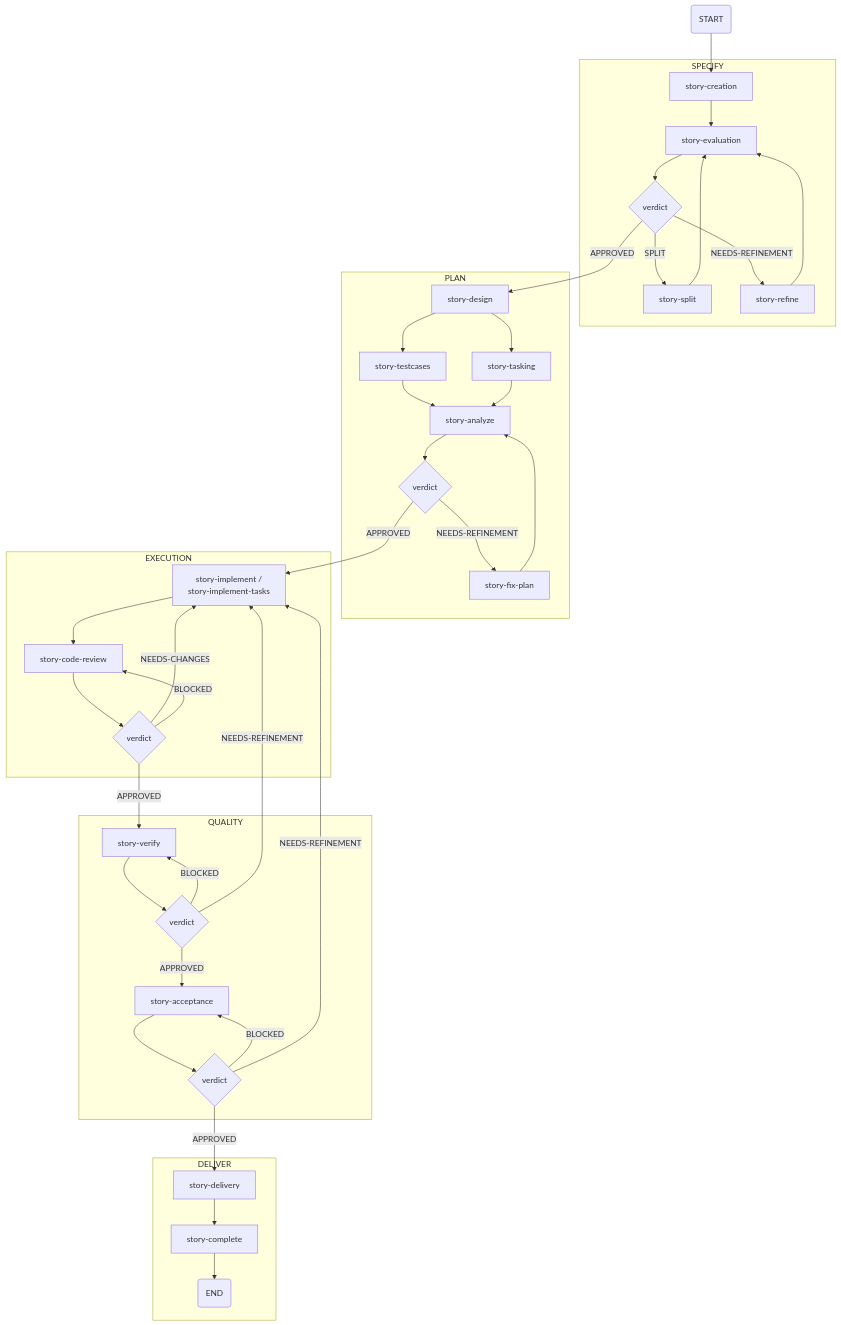
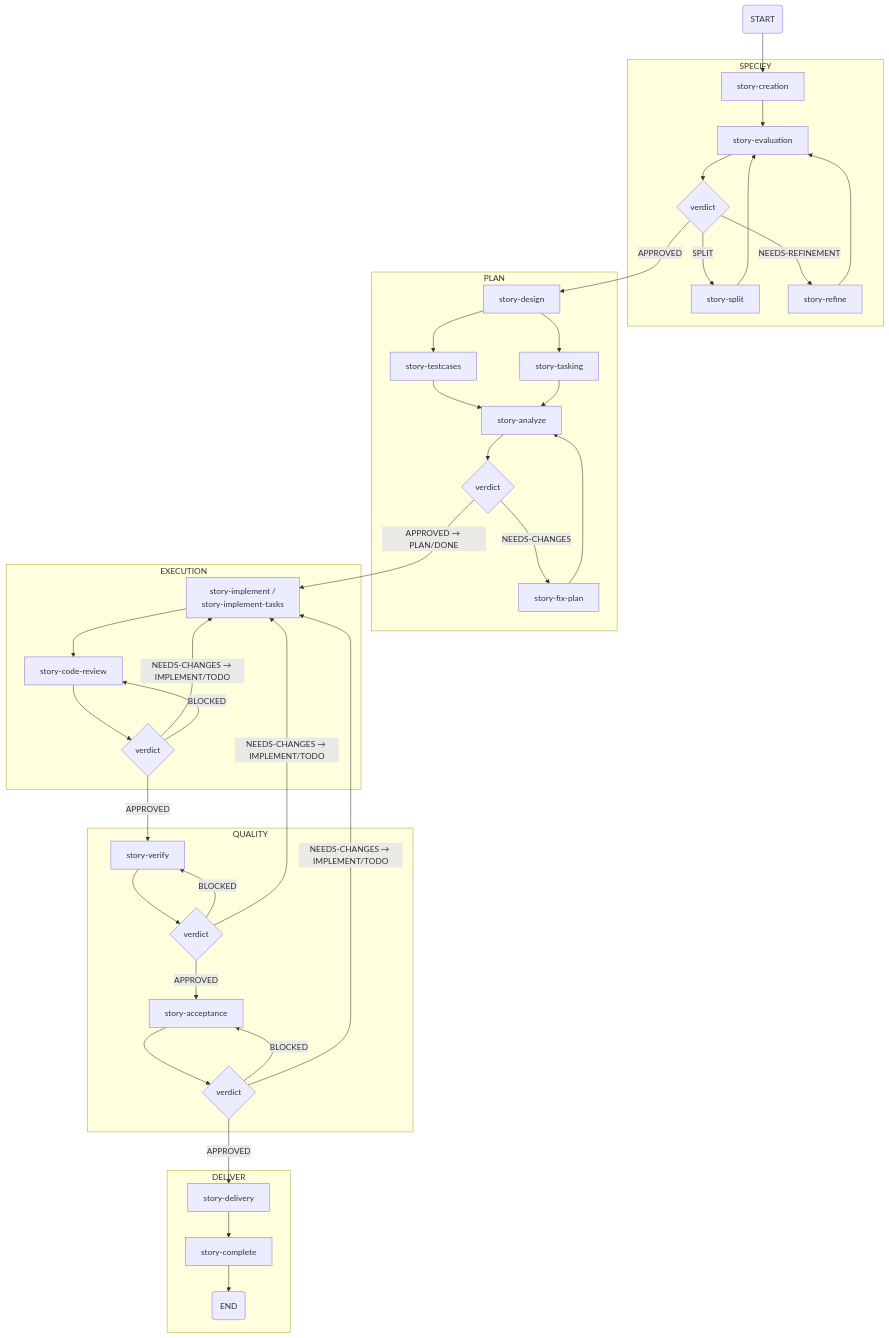
Before and after one commit to dariopalminio/agile-sddf: the diagram in docs/architecture/diagrams/flowchart-skill-story-flow-relationships.mermaid, drawn with Mermaid. The commit also changed 46 other files, not shown here.

Commit message:
docs(specs): STORY-190 was reviewed APPROVED

```diff
--- a/docs/architecture/diagrams/flowchart-skill-story-flow-relationships.mermaid
+++ b/docs/architecture/diagrams/flowchart-skill-story-flow-relationships.mermaid
@@ -1,80 +1,80 @@
 flowchart TD
     %% Nodo Inicial
     START(START)
     START --> story-creation
 
     %% FASE: SPECIFY
     subgraph SPECIFY
         story-creation[story-creation]
         story-evaluation[story-evaluation]
         dec_specify{verdict}
         story-split[story-split]
         story-refine[story-refine]
         
         story-creation --> story-evaluation
         story-evaluation --> dec_specify
         dec_specify -->|SPLIT| story-split
         dec_specify -->|NEEDS-REFINEMENT| story-refine
         story-split --> story-evaluation
         story-refine --> story-evaluation
     end
 
-    %% FASE: PLAN (PLAN y READY-FOR-IMPLEMENT)
+    %% FASE: PLAN (termina en PLAN/DONE)
     subgraph PLAN
         dec_specify -->|APPROVED| story-design
         story-design[story-design]
         story-testcases[story-testcases]
         story-tasking[story-tasking]
         story-analyze[story-analyze]
         story-fix-plan[story-fix-plan]
         dec_plan{verdict}
         
-        dec_plan -->|NEEDS-REFINEMENT| story-fix-plan
+        dec_plan -->|NEEDS-CHANGES| story-fix-plan
         story-design --> story-testcases
         story-design --> story-tasking
         story-testcases --> story-analyze
         story-tasking --> story-analyze
         story-analyze --> dec_plan
         story-fix-plan --> story-analyze
     end
 
     %% FASE: EXECUTION (Agrupa IMPLEMENT y CODE-REVIEW)
     subgraph EXECUTION
-        dec_plan -->|APPROVED| story-implement
+        dec_plan -->|"APPROVED → PLAN/DONE"| story-implement
         story-implement[story-implement / <br/>story-implement-tasks]
         story-code-review[story-code-review]
         dec_impl{verdict}
         
         story-implement --> story-code-review
         story-code-review --> dec_impl
-        dec_impl -->|NEEDS-CHANGES| story-implement
+        dec_impl -->|"NEEDS-CHANGES → IMPLEMENT/TODO"| story-implement
         dec_impl -->|BLOCKED| story-code-review
     end
 
     %% FASE: QUALITY (Agrupa VERIFY y ACCEPTANCE)
     subgraph QUALITY
         dec_impl -->|APPROVED| story-verify
         story-verify[story-verify]
         dec_verify{verdict}
         story-acceptance[story-acceptance]
         dec_acceptance{verdict}
         
         story-verify --> dec_verify
         dec_verify -->|BLOCKED| story-verify
         dec_verify -->|APPROVED| story-acceptance
         story-acceptance --> dec_acceptance
         dec_acceptance -->|BLOCKED| story-acceptance
-        dec_verify -->|NEEDS-REFINEMENT| story-implement
-        dec_acceptance -->|NEEDS-REFINEMENT| story-implement
+        dec_verify -->|"NEEDS-CHANGES → IMPLEMENT/TODO"| story-implement
+        dec_acceptance -->|"NEEDS-CHANGES → IMPLEMENT/TODO"| story-implement
     end
 
     %% FASE: DELIVER AND COMPLETE
     subgraph DELIVER
         dec_acceptance -->|APPROVED| story-delivery
         story-delivery[story-delivery]
         story-complete[story-complete]
         END(END)
         
         story-delivery --> story-complete
         story-complete --> END
     end
```
